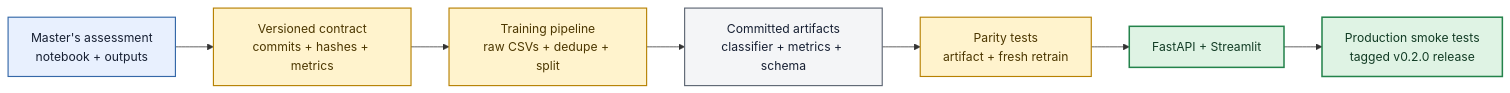
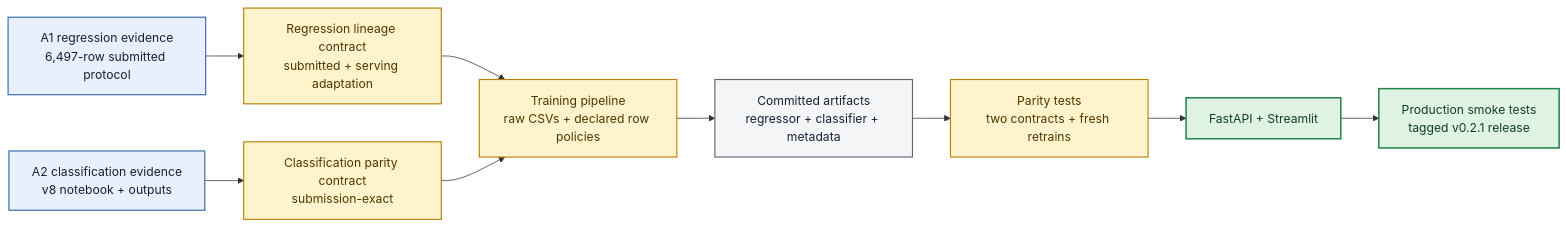
One commit to lfariabr/luisfaria.dev changed the third of 3 diagrams in _docs/buildInPublic/devTo/2026_08_02_wine-ml-v020.md. Above: the diagram before and after it, drawn with Mermaid. The commit also changed other lines of this file, not shown here.

````diff
--- a/_docs/buildInPublic/devTo/2026_08_02_wine-ml-v020.md
+++ b/_docs/buildInPublic/devTo/2026_08_02_wine-ml-v020.md
@@ -307,18 +324,20 @@
 ```mermaid
 flowchart LR
-    A["Master's assessment<br/>notebook + outputs"] --> B["Versioned contract<br/>commits + hashes + metrics"]
-    B --> C["Training pipeline<br/>raw CSVs + dedupe + split"]
-    C --> D["Committed artifacts<br/>classifier + metrics + schema"]
-    D --> E["Parity tests<br/>artifact + fresh retrain"]
+    A1["A1 regression evidence<br/>6,497-row submitted protocol"] --> R["Regression lineage contract<br/>submitted + serving adaptation"]
+    A2["A2 classification evidence<br/>v8 notebook + outputs"] --> P["Classification parity contract<br/>submission-exact"]
+    R --> C["Training pipeline<br/>raw CSVs + declared row policies"]
+    P --> C
+    C --> D["Committed artifacts<br/>regressor + classifier + metadata"]
+    D --> E["Parity tests<br/>two contracts + fresh retrains"]
     E --> F["FastAPI + Streamlit"]
-    F --> G["Production smoke tests<br/>tagged v0.2.0 release"]
+    F --> G["Production smoke tests<br/>tagged v0.2.1 release"]
 
     classDef evidence fill:#e8f0fe,stroke:#3568a8,color:#172033,stroke-width:1.5px;
     classDef control fill:#fff3cd,stroke:#b78103,color:#4c3700,stroke-width:1.5px;
     classDef artifact fill:#f4f5f7,stroke:#5d6673,color:#172033,stroke-width:1.5px;
     classDef production fill:#dff3e4,stroke:#24834b,color:#123c25,stroke-width:2px;
-    class A evidence;
-    class B,C,E control;
+    class A1,A2 evidence;
+    class R,P,C,E control;
     class D artifact;
     class F,G production;
 ```
````
